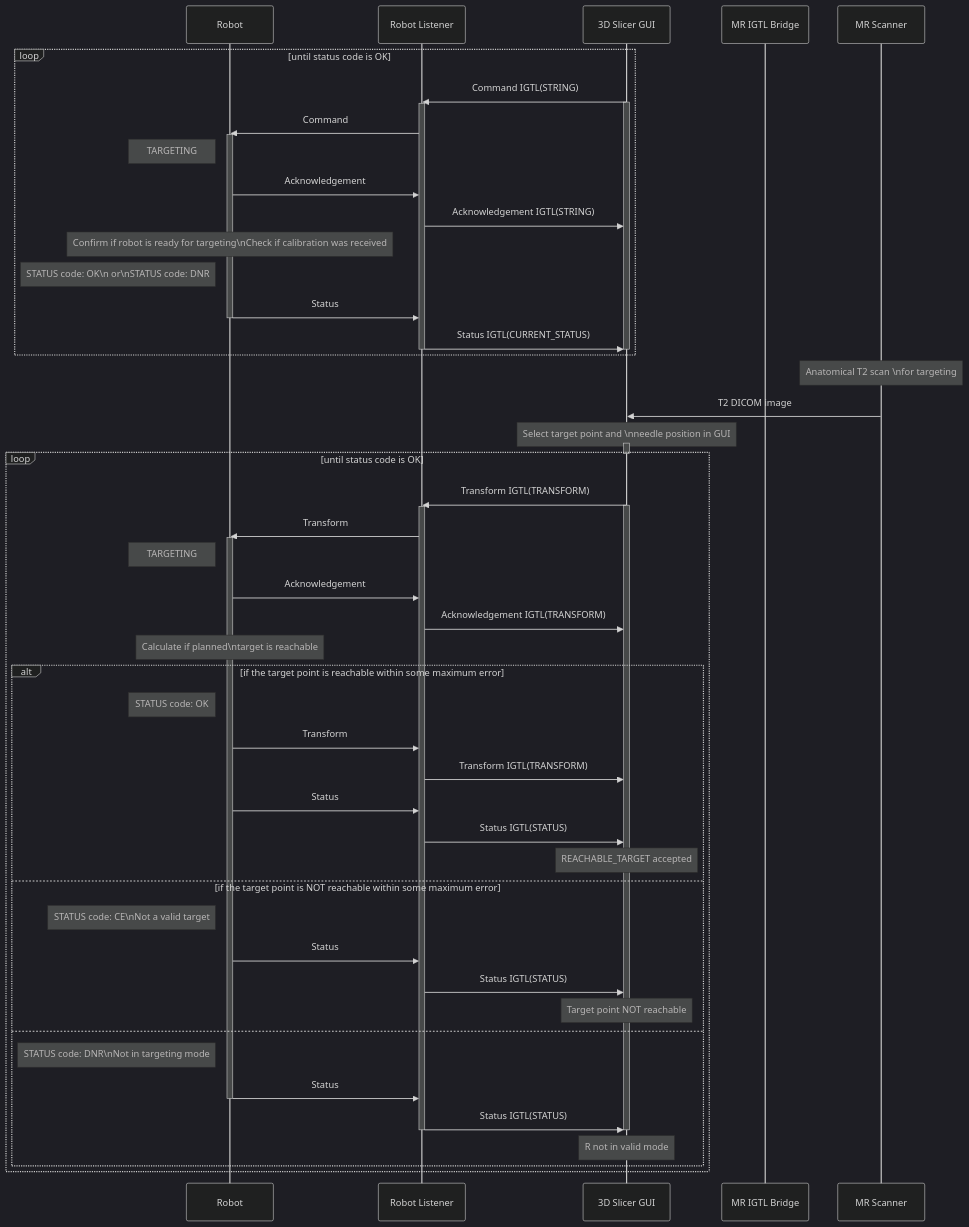
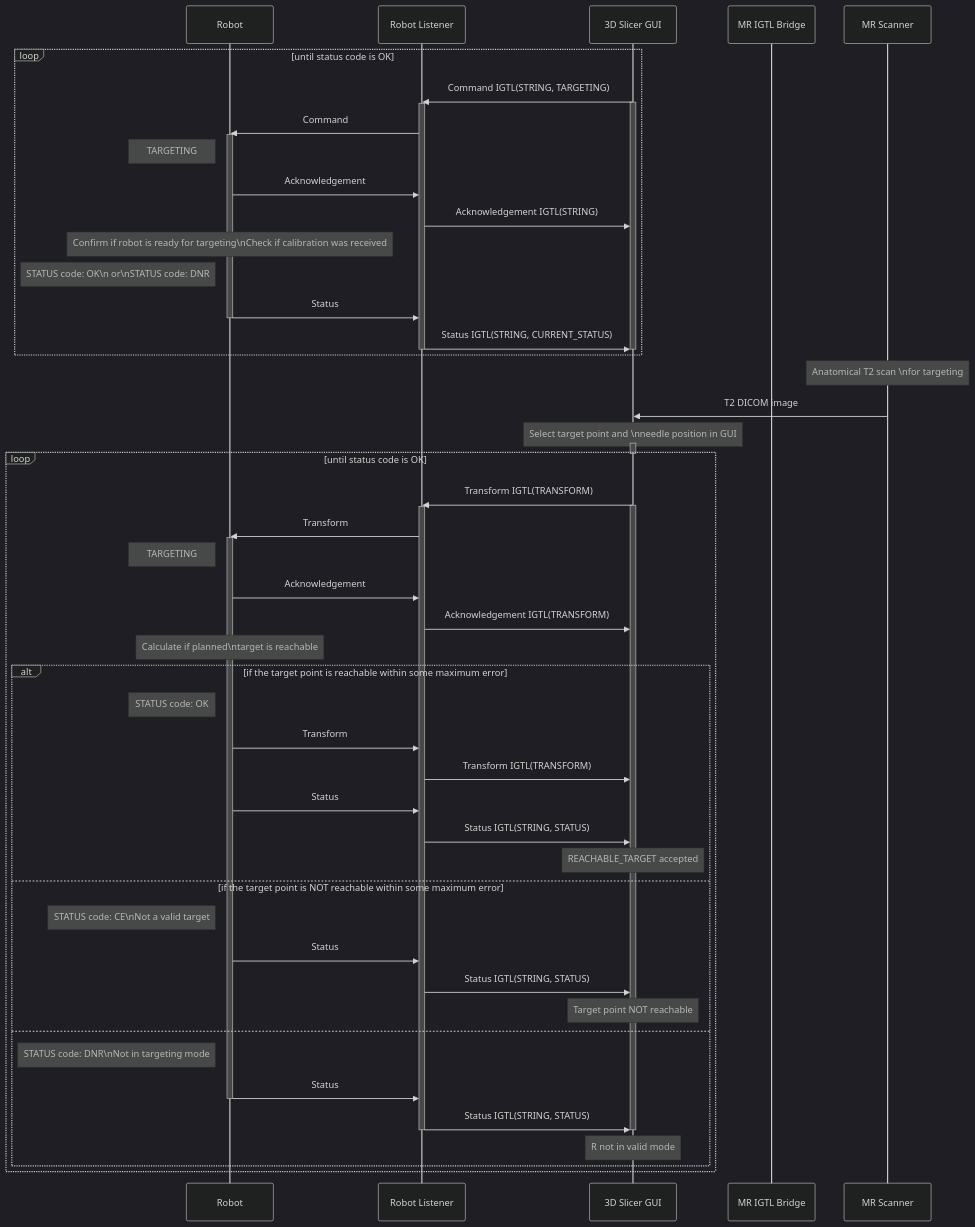
One commit to ProstateBRP/BRPRobot2021 changed the third of 5 diagrams in README.md. Above: the diagram before and after it, drawn with Mermaid (dark theme). The commit also changed other lines of this file, not shown here.

````diff
--- a/README.md
+++ b/README.md
@@ -112,71 +112,71 @@
 ```mermaid
 sequenceDiagram
 
 participant R as Robot
 participant RL as Robot Listener
 participant SGUI as 3D Slicer GUI
 participant MRIGTL  as MR IGTL Bridge
 participant MRS as MR Scanner
 
 loop until status code is OK
-SGUI->>RL:Command IGTL(STRING)
+SGUI->>RL:Command IGTL(STRING, TARGETING)
 activate SGUI
 activate RL
 RL->>R:Command
 activate R
 note left of R:TARGETING
 R->>RL:Acknowledgement
 RL->>SGUI:Acknowledgement IGTL(STRING)
 note over R:Confirm if robot is ready for targeting\nCheck if calibration was received
 note left of R:STATUS code: OK\n              or\nSTATUS code: DNR
 R->>RL:Status
 deactivate R
-RL->>SGUI:Status IGTL(CURRENT_STATUS)
+RL->>SGUI:Status IGTL(STRING, CURRENT_STATUS)
 deactivate SGUI
 deactivate RL
 end
 
 note over MRS:Anatomical T2 scan \nfor targeting
 MRS->>SGUI:T2 DICOM image
 note over SGUI:Select target point and \nneedle position in GUI
 
 activate SGUI
 deactivate SGUI
 loop until status code is OK
 SGUI->>RL:Transform IGTL(TRANSFORM)
 activate SGUI
 activate RL
 RL->>R:Transform
 activate R
 note left of R:TARGETING
 
 R->>RL:Acknowledgement
 RL->>SGUI:Acknowledgement IGTL(TRANSFORM)
 
 note over R:Calculate if planned\ntarget is reachable
 alt if the target point is reachable within some maximum error
 note left of R:STATUS code: OK
 R->>RL:Transform
 RL->>SGUI:Transform IGTL(TRANSFORM)
 R->>RL:Status
-RL->>SGUI:Status IGTL(STATUS)
+RL->>SGUI:Status IGTL(STRING, STATUS)
 note over SGUI:REACHABLE_TARGET accepted
 
 else if the target point is NOT reachable within some maximum error
 note left of R:STATUS code: CE\nNot a valid target
 R->>RL:Status
-RL->>SGUI:Status IGTL(STATUS)
+RL->>SGUI:Status IGTL(STRING, STATUS)
 note over SGUI:Target point NOT reachable
 
 else
 note left of R:STATUS code: DNR\nNot in targeting mode
 R->>RL:Status
 deactivate R
-RL->>SGUI:Status IGTL(STATUS)
+RL->>SGUI:Status IGTL(STRING, STATUS)
 
 deactivate SGUI
 deactivate RL
 note over SGUI:R not in valid mode
 end
 end
 ```
````
